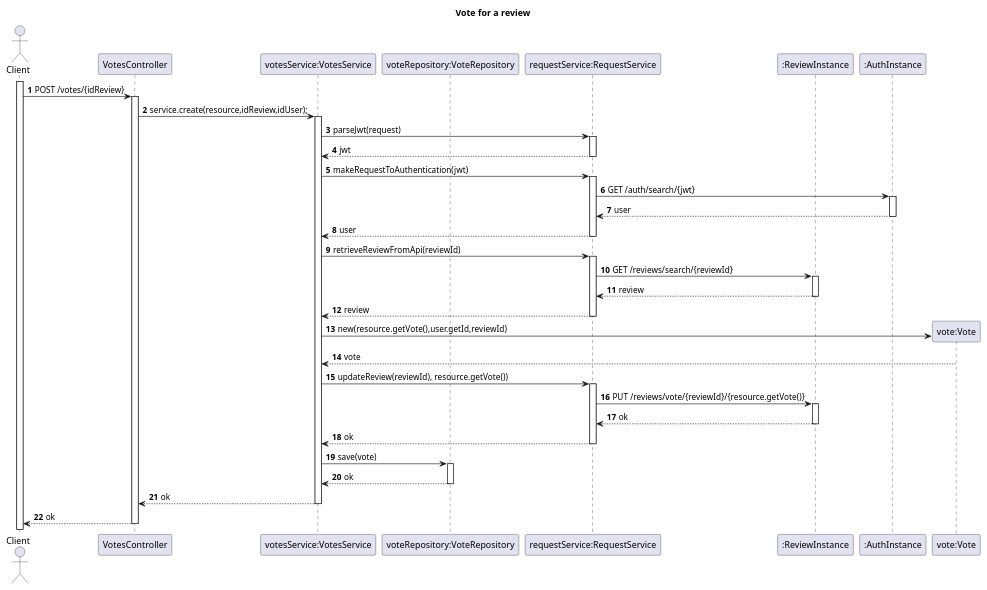
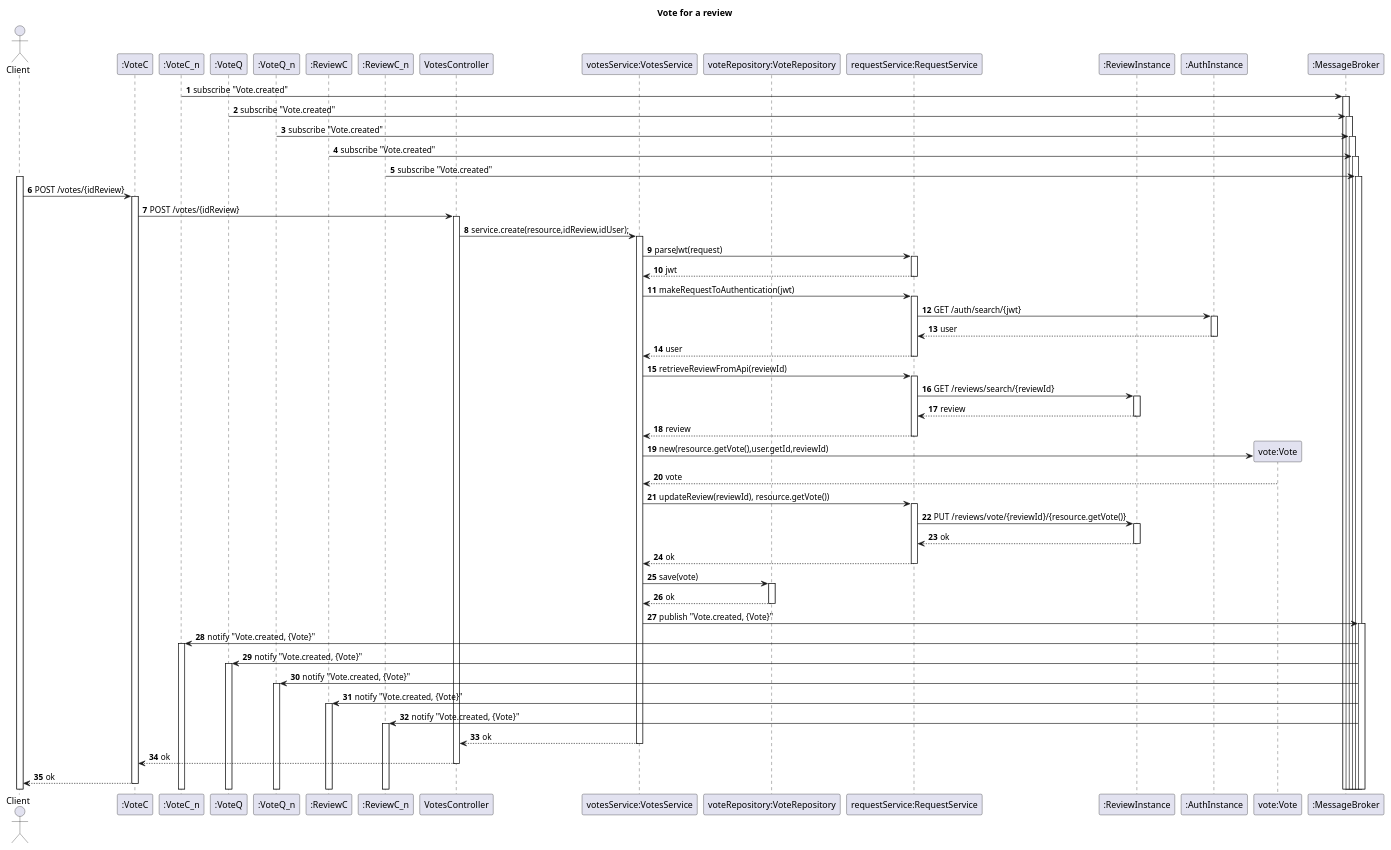
One commit to TiagoNora/SIDIS-Docs changed the diagram in Docs/US06-SD.puml. Above: the diagram before and after it, drawn with PlantUML. The commit also changed 1 other file, not shown here.

```diff
--- a/Docs/US06-SD.puml
+++ b/Docs/US06-SD.puml
@@ -1,47 +1,68 @@
 @startuml
 'https://plantuml.com/sequence-diagram
 
 title Vote for a review
 autoactivate on
 autonumber
 
 actor "Client" as User
+participant ":VoteC" as voteC
+participant ":VoteC_n" as voteC_n
+participant ":VoteQ" as voteQ
+participant ":VoteQ_n" as voteQ_n
+participant ":ReviewC" as reviewC
+participant ":ReviewC_n" as reviewC_n
 participant "VotesController" as Ctrl
 participant "votesService:VotesService" as service
 participant "voteRepository:VoteRepository" as repo
 participant "requestService:RequestService" as request
 participant ":ReviewInstance" as instance
 participant ":AuthInstance" as instanceAuth
 
 participant "vote:Vote" as vote
+participant ":MessageBroker" as broker
 
 
-
+voteC_n -> broker: subscribe "Vote.created"
+voteQ -> broker: subscribe "Vote.created"
+voteQ_n -> broker: subscribe "Vote.created"
+reviewC -> broker: subscribe "Vote.created"
+reviewC_n -> broker: subscribe "Vote.created"
 
 activate User
-User -> Ctrl : POST /votes/{idReview}
+User -> voteC : POST /votes/{idReview}
+voteC -> Ctrl:  POST /votes/{idReview}
 Ctrl -> service : service.create(resource,idReview,idUser);
 service -> request: parseJwt(request)
 request --> service: jwt
 service -> request: makeRequestToAuthentication(jwt)
 request -> instanceAuth: GET /auth/search/{jwt}
 instanceAuth --> request: user
 request --> service: user
 
 service -> request:retrieveReviewFromApi(reviewId)
 request -> instance: GET /reviews/search/{reviewId}
 instance --> request: review
 request --> service: review
 
 service -> vote**: new(resource.getVote(),user.getId,reviewId)
 vote --> service: vote
 service -> request: updateReview(reviewId), resource.getVote())
 request -> instance: PUT /reviews/vote/{reviewId}/{resource.getVote()}
 instance --> request: ok
 request --> service: ok
 service -> repo: save(vote)
 repo --> service: ok
+service -> broker: publish "Vote.created, {Vote}"
+
+voteC_n <- broker: notify "Vote.created, {Vote}"
+voteQ <- broker: notify "Vote.created, {Vote}"
+voteQ_n <- broker: notify "Vote.created, {Vote}"
+reviewC <- broker: notify "Vote.created, {Vote}"
+reviewC_n <- broker: notify "Vote.created, {Vote}"
+
 service --> Ctrl: ok
-Ctrl --> User: ok
+Ctrl --> voteC: ok
+voteC --> User: ok
 
 @enduml
```
